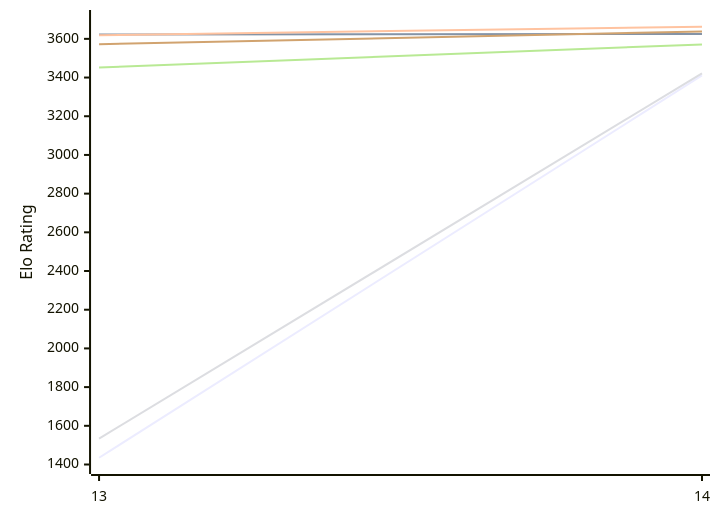
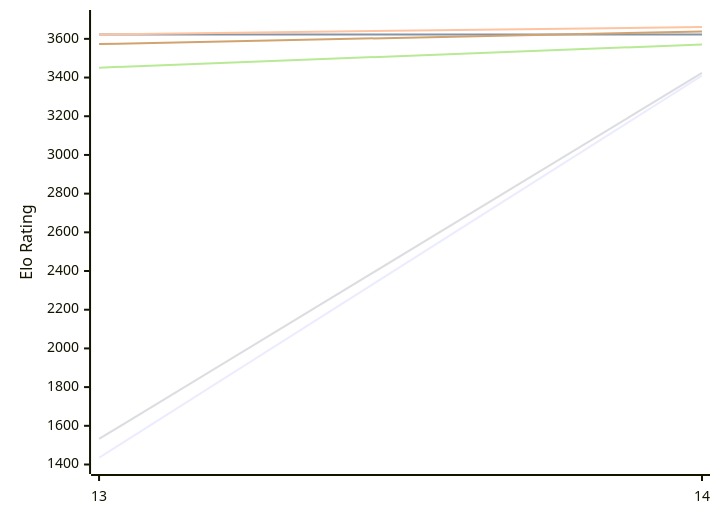
One commit to computer-chess-index/cci changed the first of 2 diagrams in engines/Berserk.md. Above: the diagram before and after it, drawn with Mermaid. The commit also changed other lines of this file, not shown here.

Commit message:
Update CCI Ratings (ELO VLTC) - 2026-11-27

````diff
--- a/engines/Berserk.md
+++ b/engines/Berserk.md
@@ -50,12 +50,12 @@
 ```mermaid
 %%{init: {"theme":"base","themeVariables":{"seriesColors:['#a3a3a3','#222221','#faa371']}}}%%
 xychart-beta
   x-axis ["13", "14"]
   y-axis "Elo Rating" 1400 --> 3700
-  line "E1: STC (8.0+0.08s)" [1435, 3411]
-  line "E1: LTC (60.0+0.60s)" [3623, 3625]
-  line "E1: VLTC (2m24s+1.12s)" [3619, 3663]
-  line "P1: STC (8.0+0.08s)" [1534, 3422]
-  line "P1: LTC (60.0+0.60s)" [3452, 3571]
-  line "P1: VLTC (2m24s+1.12s)" [3572, 3638]
+  line "E1: STC (8.0+0.08s)" [1435, 3410]
+  line "E1: LTC (60.0+0.60s)" [3622, 3623]
+  line "E1: VLTC (2m24s+1.12s)" [3623, 3661]
+  line "P1: STC (8.0+0.08s)" [1532, 3424]
+  line "P1: LTC (60.0+0.60s)" [3451, 3571]
+  line "P1: VLTC (2m24s+1.12s)" [3573, 3638]
 ```
````
